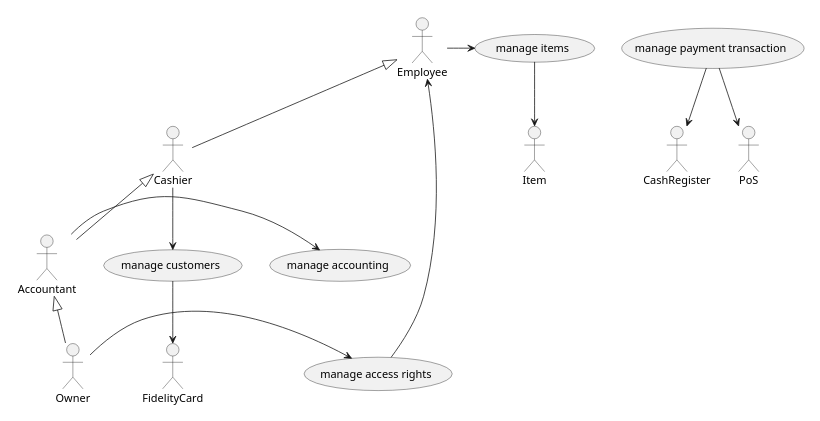
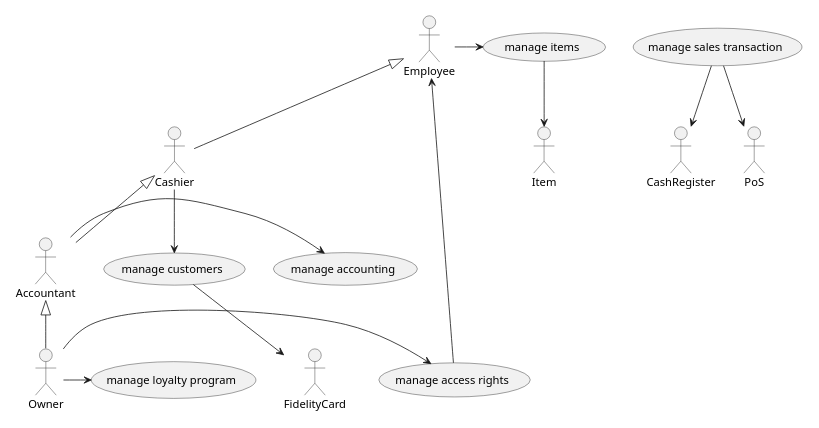
Before and after one commit to djemar/softeng_ezshop: the second of 6 diagrams in Deliverables/RequirementsDocument.md, drawn with PlantUML. The commit also changed other lines of this file, not shown here.

````diff
--- a/Deliverables/RequirementsDocument.md
+++ b/Deliverables/RequirementsDocument.md
@@ -201,24 +204,25 @@
 ```plantuml
 scale 500 width
 actor Owner as o
 actor Employee as e
 actor CashRegister as ca
 actor Item as i
 actor Accountant as acc
 actor FidelityCard as fc
 actor Cashier as c
 actor PoS as pos
 
 acc -> (manage accounting)
 e -> (manage items)
 (manage items) --> i
-(manage payment transaction) --> ca
-(manage payment transaction) --> pos
+(manage sales transaction) --> ca
+(manage sales transaction) --> pos
 c --> (manage customers)
 (manage customers) --> fc
 o -> (manage access rights)
+o -> (manage loyalty program)
 (manage access rights) -> e
 o -up-|> acc
 acc -up-|> c
 c -up-|> e
 ```
````
